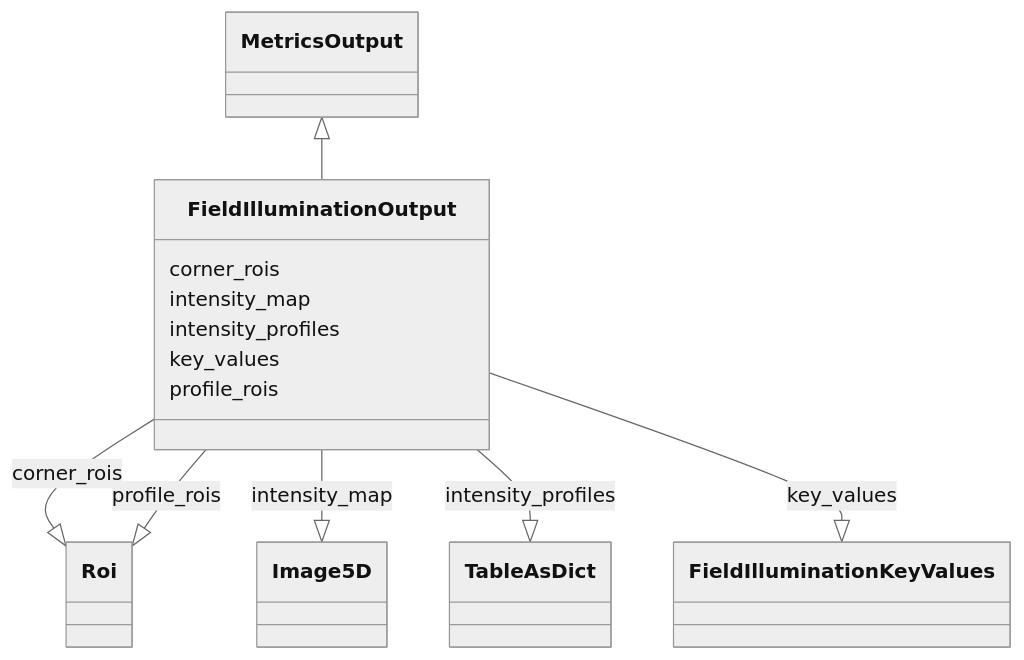
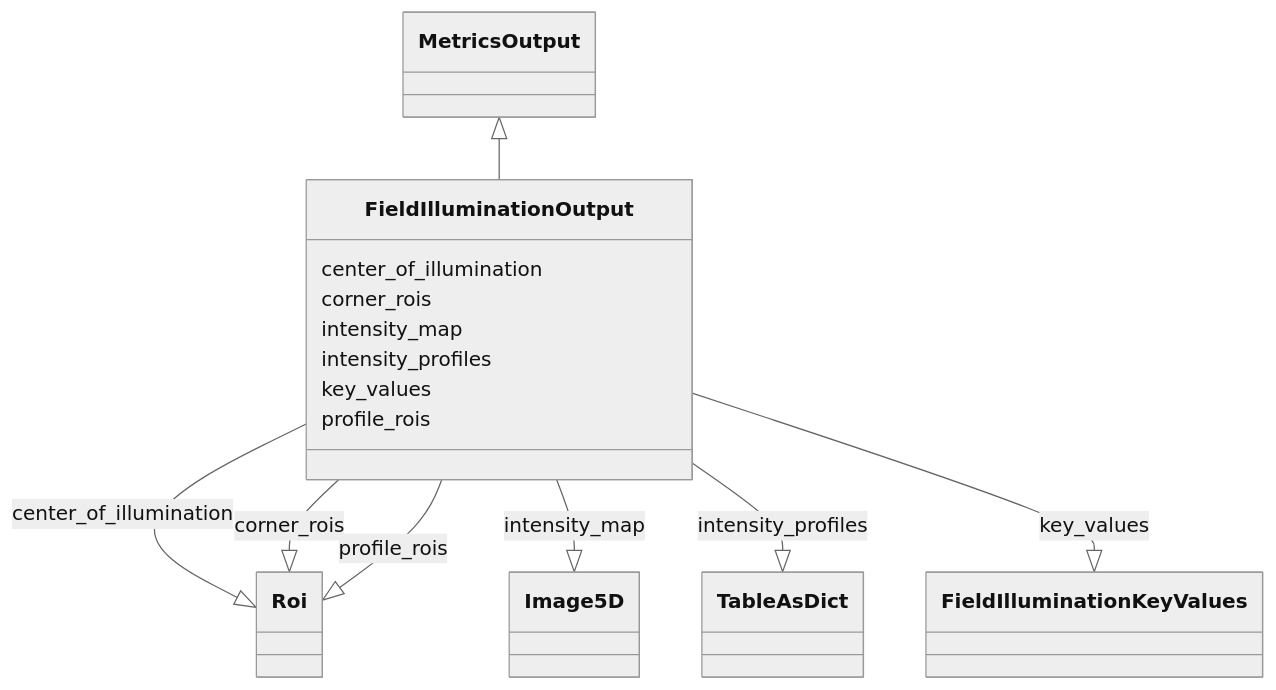
The diagram in docs/schema/samples/FieldIlluminationOutput.md (juliomateoslangerak/microscope-metrics), drawn with Mermaid (neutral theme) before and after one commit. The commit also changed other lines of this file and 109 other files, not shown here.

Commit message:
Added Rois to Field illumination for the center of mass

````diff
--- a/docs/schema/samples/FieldIlluminationOutput.md
+++ b/docs/schema/samples/FieldIlluminationOutput.md
@@ -10,27 +10,31 @@
 ```mermaid
  classDiagram
     class FieldIlluminationOutput
       MetricsOutput <|-- FieldIlluminationOutput
       
+      FieldIlluminationOutput : center_of_illumination
+        
+          FieldIlluminationOutput --|> Roi : center_of_illumination
+        
       FieldIlluminationOutput : corner_rois
         
           FieldIlluminationOutput --|> Roi : corner_rois
         
       FieldIlluminationOutput : intensity_map
         
           FieldIlluminationOutput --|> Image5D : intensity_map
         
       FieldIlluminationOutput : intensity_profiles
         
           FieldIlluminationOutput --|> TableAsDict : intensity_profiles
         
       FieldIlluminationOutput : key_values
         
           FieldIlluminationOutput --|> FieldIlluminationKeyValues : key_values
         
       FieldIlluminationOutput : profile_rois
         
           FieldIlluminationOutput --|> Roi : profile_rois
         
       
 ```
````
